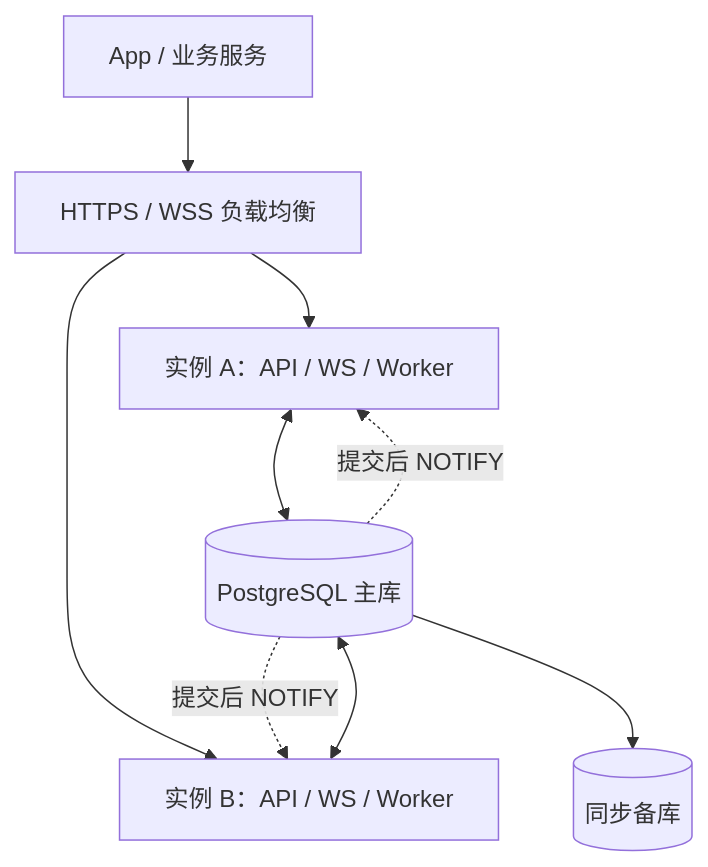
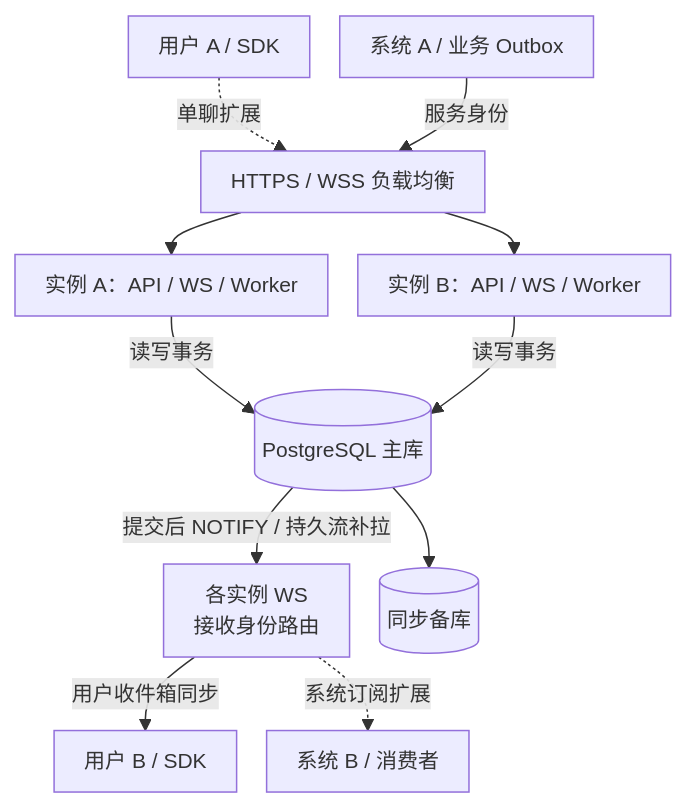
The diagram in docs/distributed.md (bitlap/polyglot-im), drawn with Mermaid before and after one commit. The commit also changed other lines of this file and 4 other files, not shown here.

Commit message:
docs: 补充多实例与用户及系统消息架构流程图

````diff
--- a/docs/distributed.md
+++ b/docs/distributed.md
@@ -7,11 +7,15 @@
 ```mermaid
+%%{init: {"flowchart": {"nodeSpacing": 20, "rankSpacing": 28, "padding": 10}, "themeVariables": {"fontSize": "14px"}}}%%
 flowchart TB
-  C[App / 业务服务] --> G[HTTPS / WSS 负载均衡]
-  G --> A[实例 A：API / WS / Worker]
-  G --> B[实例 B：API / WS / Worker]
-  A <--> P[(PostgreSQL 主库)]
-  B <--> P
-  P -. 提交后 NOTIFY .-> A
-  P -. 提交后 NOTIFY .-> B
-  P --> S[(同步备库)]
+  UA["用户 A / SDK"] -.->|"单聊扩展"| G["HTTPS / WSS 负载均衡"]
+  SA["系统 A / 业务 Outbox"] -->|"服务身份"| G
+  G --> A["实例 A：API / WS / Worker"]
+  G --> B["实例 B：API / WS / Worker"]
+  A -->|"读写事务"| P[("PostgreSQL 主库")]
+  B -->|"读写事务"| P
+  P -->|"提交后 NOTIFY / 持久流补拉"| WS["各实例 WS<br/>接收身份路由"]
+  WS -->|"用户收件箱同步"| UB["用户 B / SDK"]
+  WS -.->|"系统订阅扩展"| SB["系统 B / 消费者"]
+  P --> S[("同步备库")]
+
 ```
````
